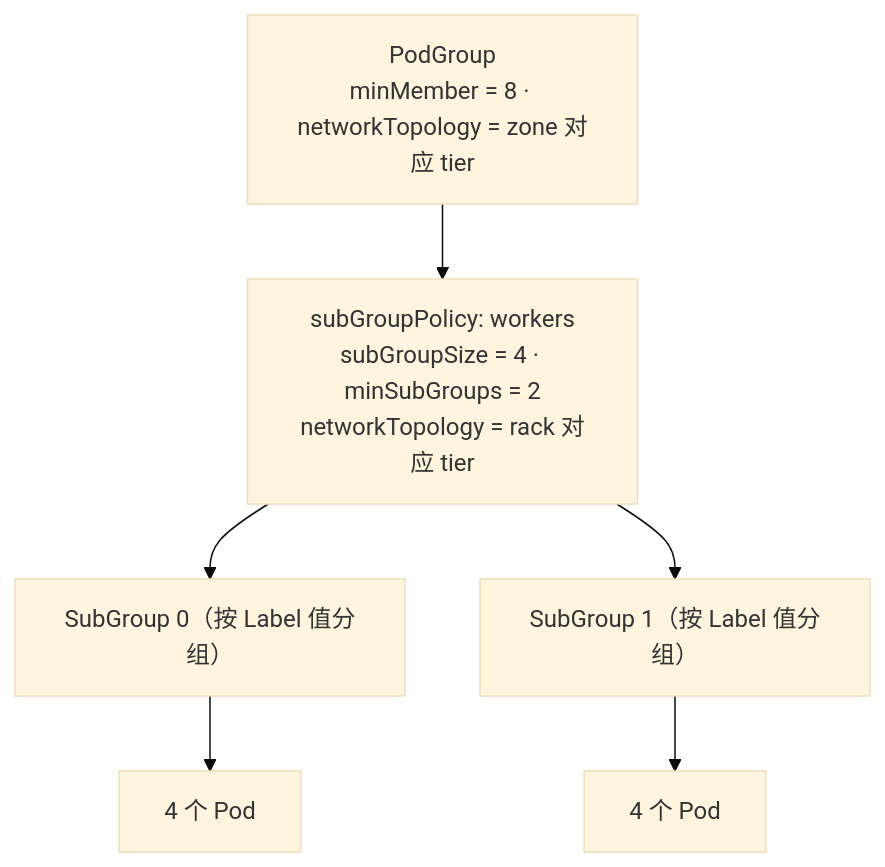
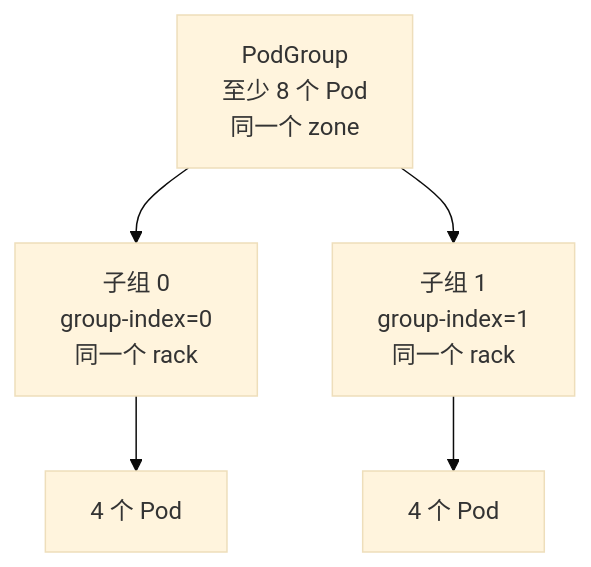
One commit to JesseStutler/volcano changed the seventh of 13 diagrams in docs/research/k8s-workload-aware-scheduling-vs-volcano-cn.md. Above: the diagram before and after it, drawn with Mermaid (base theme). The commit also changed other lines of this file and 1 other file, not shown here.

First line of the commit message:
docs: rewrite the upstream PodGroup comparison for readability

````diff
--- a/docs/research/k8s-workload-aware-scheduling-vs-volcano-cn.md
+++ b/docs/research/k8s-workload-aware-scheduling-vs-volcano-cn.md
@@ -319,13 +333,10 @@
 ```mermaid
 flowchart TD
-    VPG["PodGroup<br/>minMember = 8 · networkTopology = zone 对应 tier"]
-    Pol["subGroupPolicy: workers<br/>subGroupSize = 4 · minSubGroups = 2<br/>networkTopology = rack 对应 tier"]
-    S0["SubGroup 0（按 Label 值分组）"]
-    S1["SubGroup 1（按 Label 值分组）"]
-
-    VPG --> Pol
-    Pol --> S0
-    Pol --> S1
-    S0 --> P0["4 个 Pod"]
-    S1 --> P1["4 个 Pod"]
+    VPG["PodGroup<br/>至少 8 个 Pod<br/>同一个 zone"]
+    S0["子组 0<br/>group-index=0<br/>同一个 rack"]
+    S1["子组 1<br/>group-index=1<br/>同一个 rack"]
+    VPG --> S0
+    VPG --> S1
+    S0 --> VP0["4 个 Pod"]
+    S1 --> VP1["4 个 Pod"]
 ```
````
